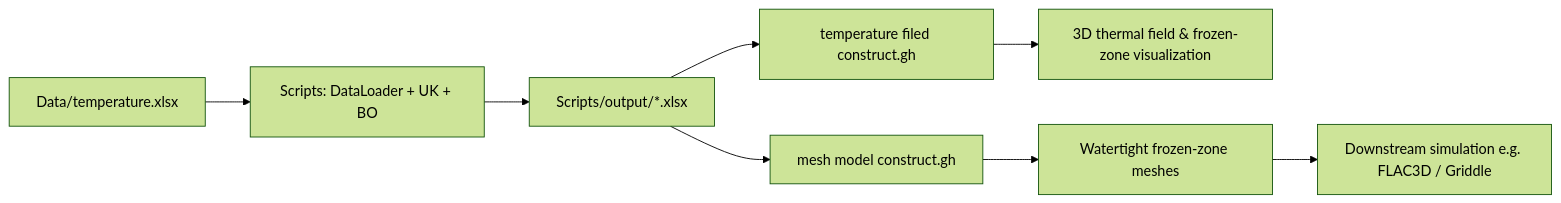
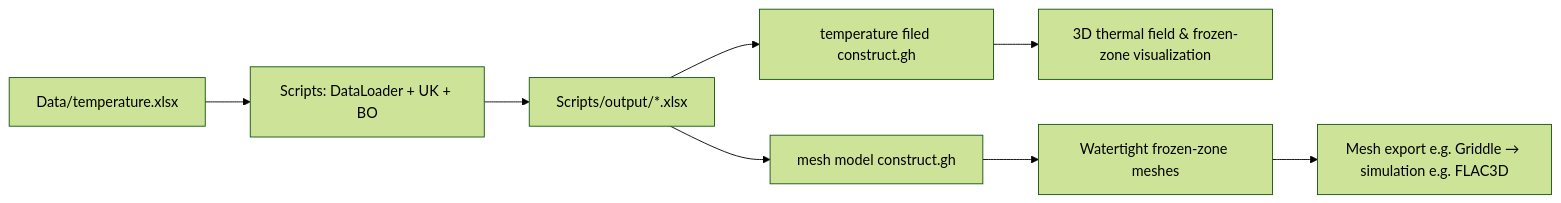
Before and after one commit to CSU-GeoTech-BIM/3D-Thermal-Digital-Twin-Framework: the diagram in README.md, drawn with Mermaid (forest theme). The commit also changed other lines of this file, not shown here.

````diff
--- a/README.md
+++ b/README.md
@@ -58,10 +58,10 @@
 ```mermaid
 flowchart LR
   A[Data/temperature.xlsx] --> B[Scripts: DataLoader + UK + BO]
   B --> C[Scripts/output/*.xlsx]
   C --> D[temperature filed construct.gh]
   D --> E[3D thermal field & frozen-zone visualization]
   C --> F[mesh model construct.gh]
   F --> G[Watertight frozen-zone meshes]
-  G --> H[Downstream simulation e.g. FLAC3D / Griddle]
+  G --> H[Mesh export e.g. Griddle → simulation e.g. FLAC3D]
 ```
````
